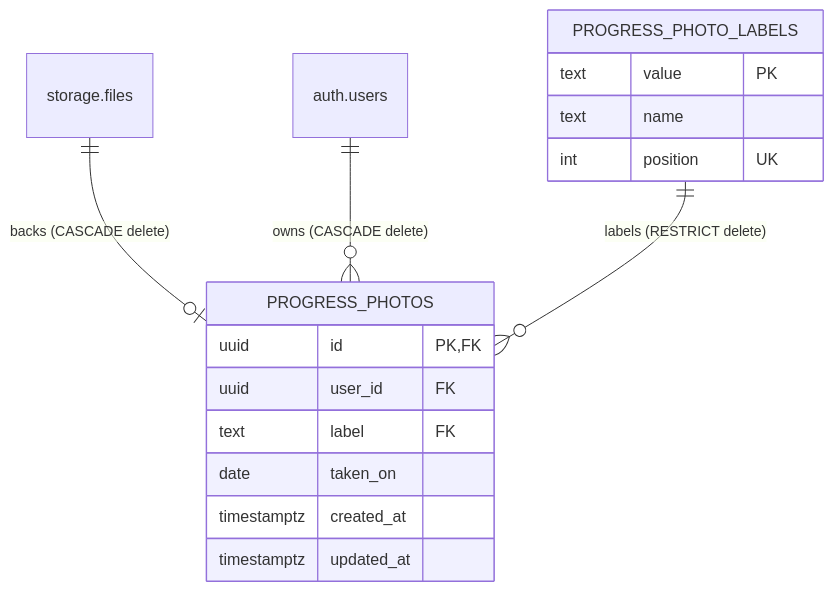
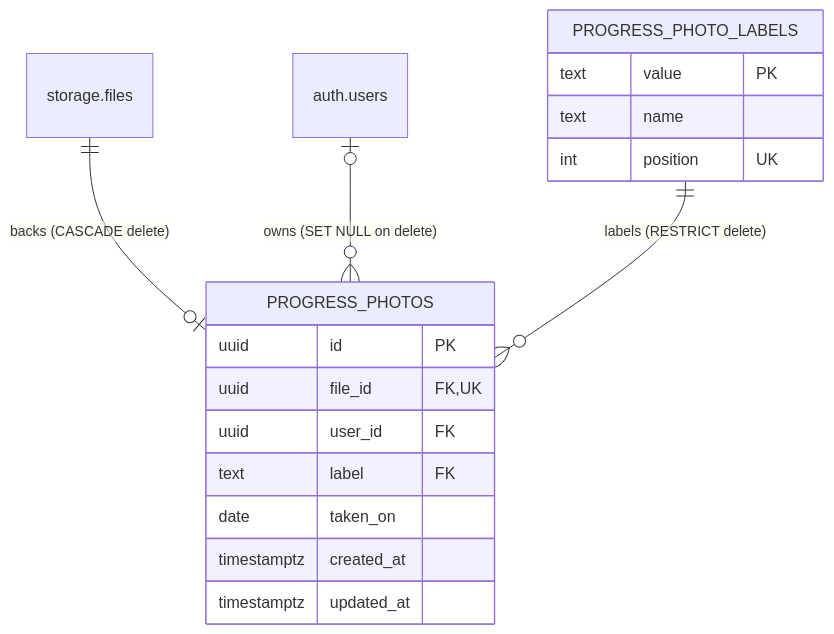
Before and after one commit to dbarrosop/neogym: the fourth of 5 diagrams in docs/developers/database.md, drawn with Mermaid. The commit also changed other lines of this file and 22 other files, not shown here.

````diff
--- a/docs/developers/database.md
+++ b/docs/developers/database.md
@@ -192,23 +192,24 @@
 ```mermaid
 erDiagram
     STORAGE_FILES["storage.files"]
     AUTH_USERS["auth.users"]
 
     PROGRESS_PHOTO_LABELS {
         text value PK
         text name
         int position UK
     }
     PROGRESS_PHOTOS {
-        uuid id PK, FK
+        uuid id PK
+        uuid file_id FK, UK
         uuid user_id FK
         text label FK
         date taken_on
         timestamptz created_at
         timestamptz updated_at
     }
 
     STORAGE_FILES ||--o| PROGRESS_PHOTOS : "backs (CASCADE delete)"
-    AUTH_USERS ||--o{ PROGRESS_PHOTOS : "owns (CASCADE delete)"
+    AUTH_USERS |o--o{ PROGRESS_PHOTOS : "owns (SET NULL on delete)"
     PROGRESS_PHOTO_LABELS ||--o{ PROGRESS_PHOTOS : "labels (RESTRICT delete)"
 ```
````
